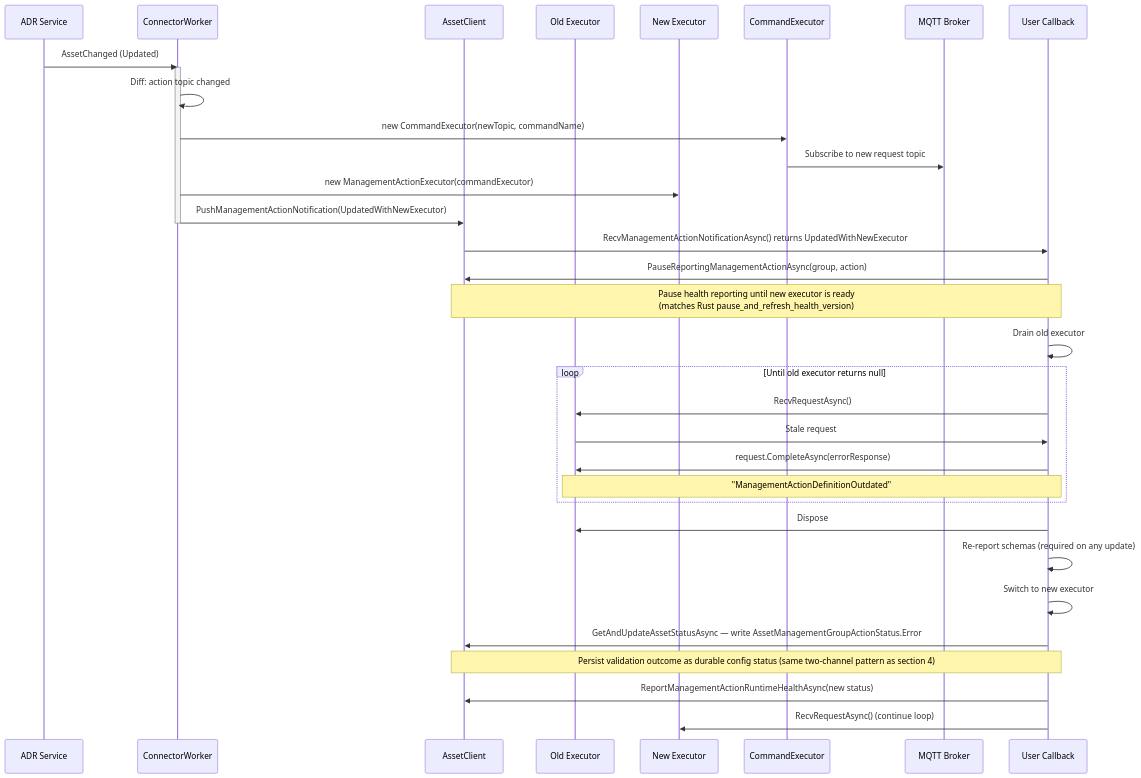
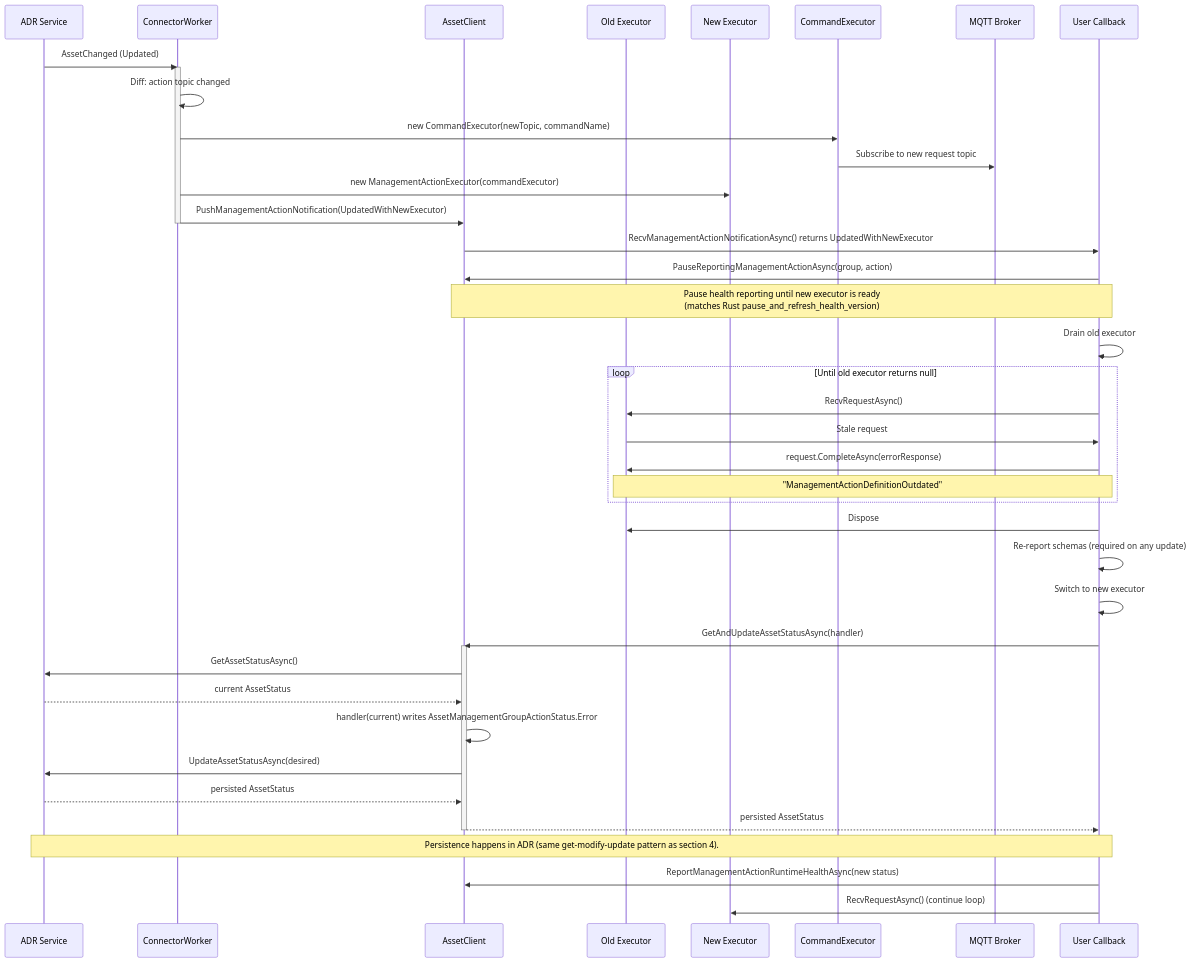
Before and after one commit to Azure/iot-operations-sdks: the seventh of 10 diagrams in doc/dev/tmp/management-action-implementation-design.md, drawn with Mermaid. The commit also changed other lines of this file, not shown here.

````diff
--- a/doc/dev/tmp/management-action-implementation-design.md
+++ b/doc/dev/tmp/management-action-implementation-design.md
@@ -734,42 +742,50 @@
 ```mermaid
 sequenceDiagram
     participant ADR as ADR Service
     participant CW as ConnectorWorker
     participant AC as AssetClient
     participant MAE_old as Old Executor
     participant MAE_new as New Executor
     participant CE as CommandExecutor
     participant MQTT as MQTT Broker
     participant User as User Callback
 
     ADR->>CW: AssetChanged (Updated)
     activate CW
     CW->>CW: Diff: action topic changed
 
     CW->>CE: new CommandExecutor(newTopic, commandName)
     CE->>MQTT: Subscribe to new request topic
     CW->>MAE_new: new ManagementActionExecutor(commandExecutor)
 
     CW->>AC: PushManagementActionNotification(UpdatedWithNewExecutor)
     deactivate CW
     AC->>User: RecvManagementActionNotificationAsync() returns UpdatedWithNewExecutor
 
     User->>AC: PauseReportingManagementActionAsync(group, action)
     Note over User,AC: Pause health reporting until new executor is ready<br/>(matches Rust pause_and_refresh_health_version)
 
     User->>User: Drain old executor
     loop Until old executor returns null
         User->>MAE_old: RecvRequestAsync()
         MAE_old->>User: Stale request
         User->>MAE_old: request.CompleteAsync(errorResponse)
         Note over User,MAE_old: "ManagementActionDefinitionOutdated"
     end
     User->>MAE_old: Dispose
 
     User->>User: Re-report schemas (required on any update)
     User->>User: Switch to new executor
-    User->>AC: GetAndUpdateAssetStatusAsync — write AssetManagementGroupActionStatus.Error
-    Note over User,AC: Persist validation outcome as durable config status (same two-channel pattern as section 4)
+    User->>AC: GetAndUpdateAssetStatusAsync(handler)
+    activate AC
+    AC->>ADR: GetAssetStatusAsync()
+    ADR-->>AC: current AssetStatus
+    AC->>AC: handler(current) writes AssetManagementGroupActionStatus.Error
+    AC->>ADR: UpdateAssetStatusAsync(desired)
+    ADR-->>AC: persisted AssetStatus
+    AC-->>User: persisted AssetStatus
+    deactivate AC
+    Note over User,ADR: Persistence happens in ADR (same get-modify-update pattern as section 4).
     User->>AC: ReportManagementActionRuntimeHealthAsync(new status)
     User->>MAE_new: RecvRequestAsync() (continue loop)
 ```
````
